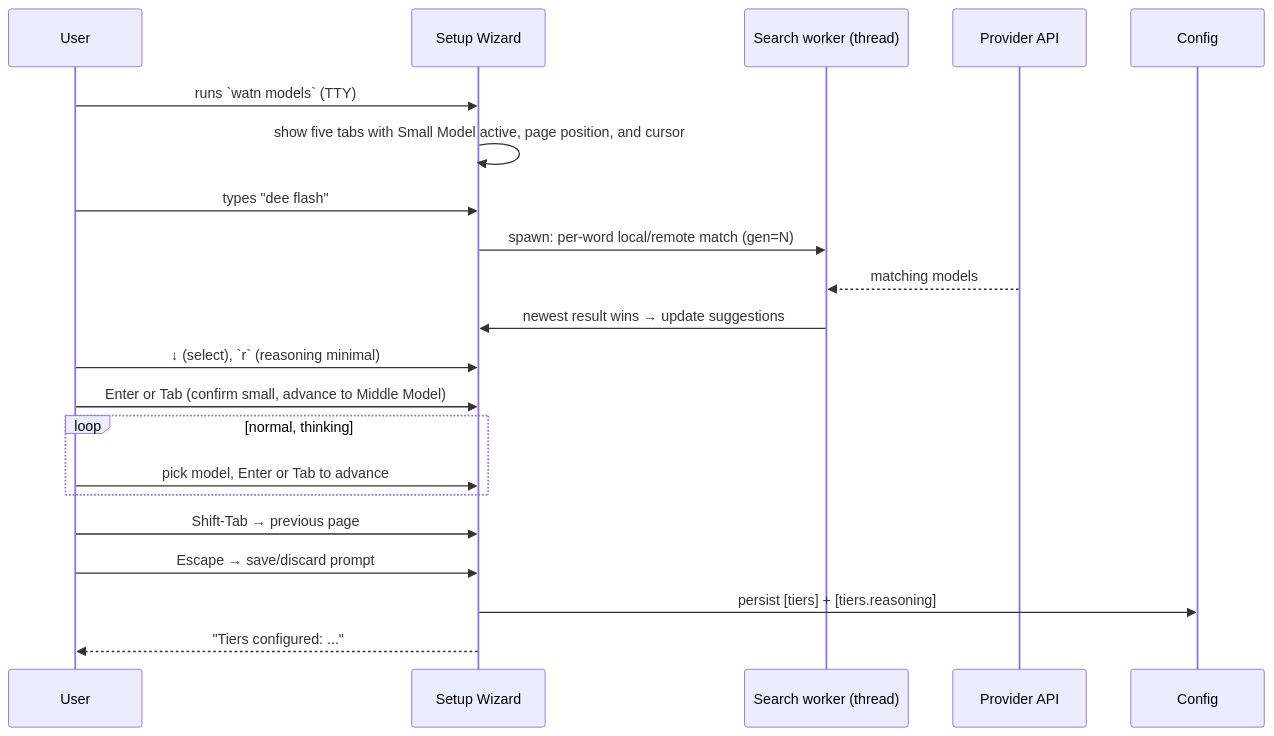
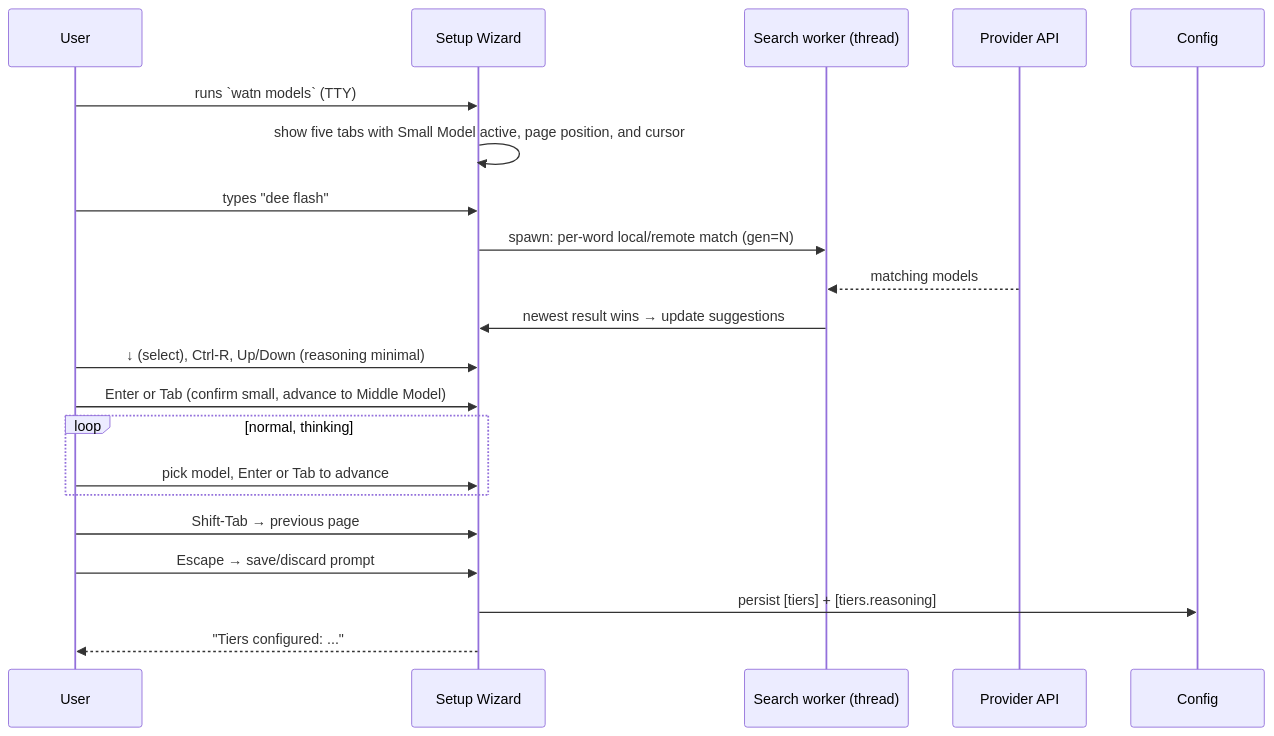
One commit to buster/watn changed the fifth of 16 diagrams in docs/arc42/06-runtime-view.md. Above: the diagram before and after it, drawn with Mermaid. The commit also changed other lines of this file and 27 other files, not shown here.

````diff
--- a/docs/arc42/06-runtime-view.md
+++ b/docs/arc42/06-runtime-view.md
@@ -194,24 +194,24 @@
 ```mermaid
 sequenceDiagram
     participant User as User
-    participant Dialog as Setup Wizard
+    participant Wizard as Setup Wizard
     participant Worker as Search worker (thread)
     participant API as Provider API
     participant Config as Config
 
-    User->>Dialog: runs `watn models` (TTY)
-    Dialog->>Dialog: show five tabs with Small Model active, page position, and cursor
-    User->>Dialog: types "dee flash"
-    Dialog->>Worker: spawn: per-word local/remote match (gen=N)
+    User->>Wizard: runs `watn models` (TTY)
+    Wizard->>Wizard: show five tabs with Small Model active, page position, and cursor
+    User->>Wizard: types "dee flash"
+    Wizard->>Worker: spawn: per-word local/remote match (gen=N)
     API-->>Worker: matching models
-    Worker->>Dialog: newest result wins → update suggestions
-    User->>Dialog: ↓ (select), `r` (reasoning minimal)
-    User->>Dialog: Enter or Tab (confirm small, advance to Middle Model)
+    Worker->>Wizard: newest result wins → update suggestions
+    User->>Wizard: ↓ (select), Ctrl-R, Up/Down (reasoning minimal)
+    User->>Wizard: Enter or Tab (confirm small, advance to Middle Model)
     loop normal, thinking
-        User->>Dialog: pick model, Enter or Tab to advance
+        User->>Wizard: pick model, Enter or Tab to advance
     end
-    User->>Dialog: Shift-Tab → previous page
-    User->>Dialog: Escape → save/discard prompt
-    Dialog->>Config: persist [tiers] + [tiers.reasoning]
-    Dialog-->>User: "Tiers configured: ..."
+    User->>Wizard: Shift-Tab → previous page
+    User->>Wizard: Escape → save/discard prompt
+    Wizard->>Config: persist [tiers] + [tiers.reasoning]
+    Wizard-->>User: "Tiers configured: ..."
 ```
````
